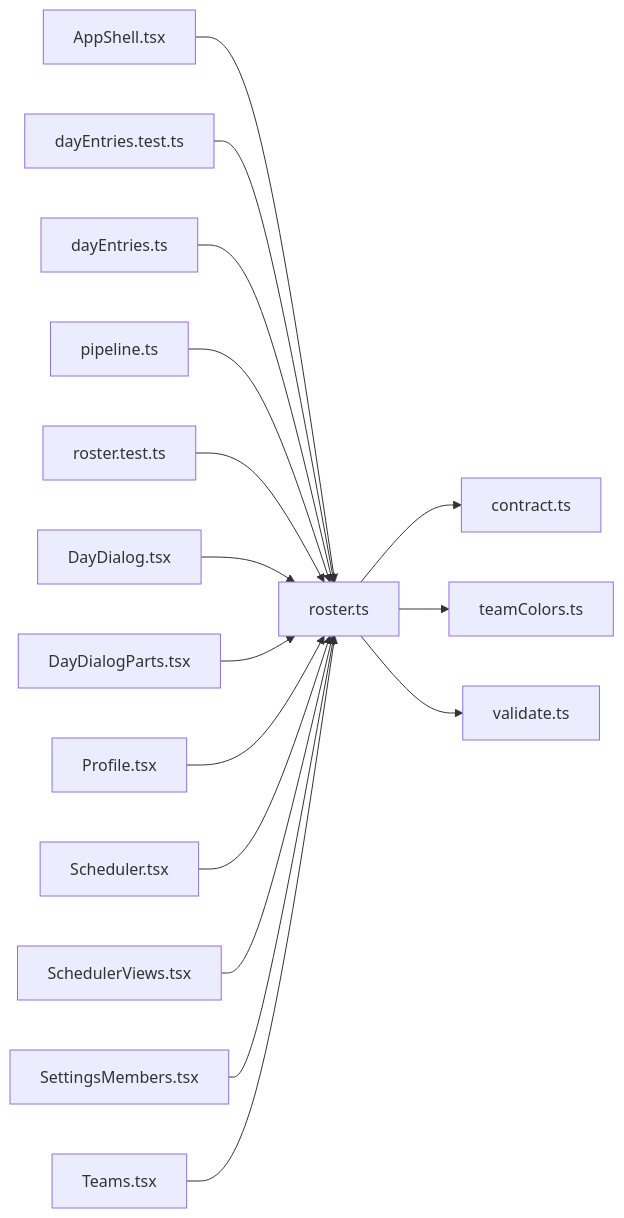
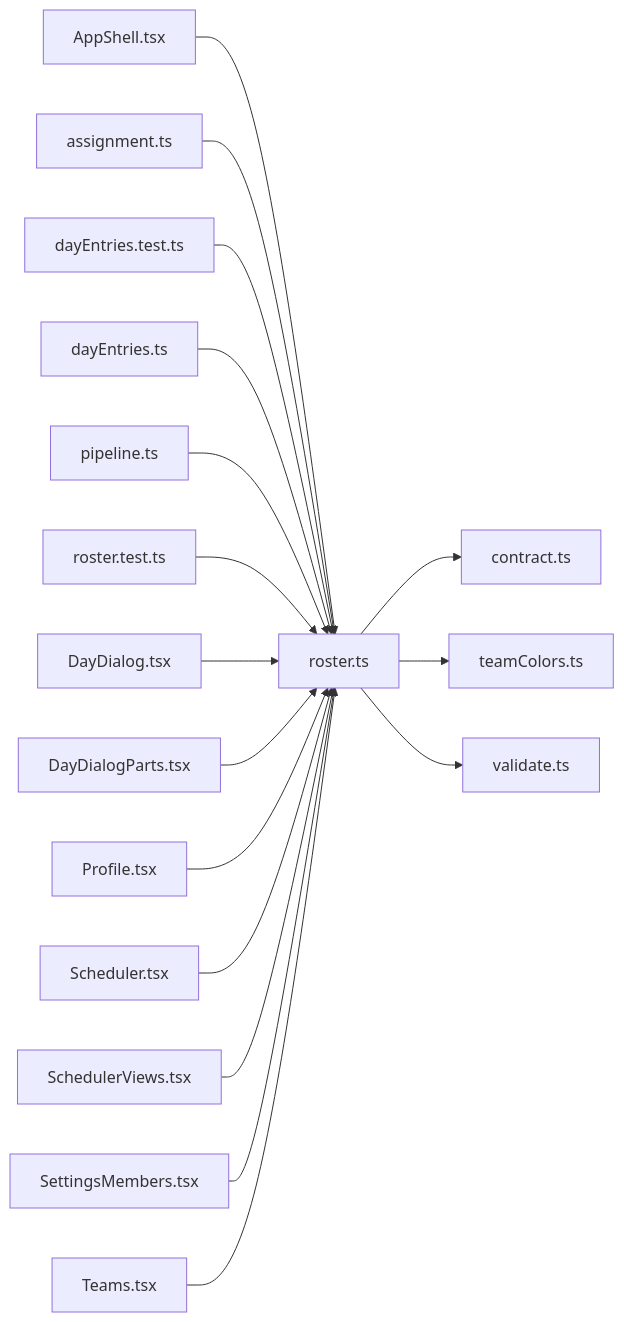
One commit to minkong-dev/Banblit changed the diagram in .cluedoc/graph/frontend/src/lib/roster.md. Above: the diagram before and after it, drawn with Mermaid. The commit also changed other lines of this file and 40 other files, not shown here.

````diff
--- a/.cluedoc/graph/frontend/src/lib/roster.md
+++ b/.cluedoc/graph/frontend/src/lib/roster.md
@@ -10,19 +10,20 @@
 ```mermaid
 flowchart LR
   frontend_src_lib_roster["roster.ts"]
   frontend_src_lib_roster --> frontend_src_lib_contract["contract.ts"]
   frontend_src_lib_roster --> frontend_src_lib_teamColors["teamColors.ts"]
   frontend_src_lib_roster --> frontend_src_lib_validate["validate.ts"]
   frontend_src_components_AppShell["AppShell.tsx"] --> frontend_src_lib_roster
+  frontend_src_lib_assignment["assignment.ts"] --> frontend_src_lib_roster
   frontend_src_lib_dayEntries_test["dayEntries.test.ts"] --> frontend_src_lib_roster
   frontend_src_lib_dayEntries["dayEntries.ts"] --> frontend_src_lib_roster
   frontend_src_lib_pipeline["pipeline.ts"] --> frontend_src_lib_roster
   frontend_src_lib_roster_test["roster.test.ts"] --> frontend_src_lib_roster
   frontend_src_routes_DayDialog["DayDialog.tsx"] --> frontend_src_lib_roster
   frontend_src_routes_DayDialogParts["DayDialogParts.tsx"] --> frontend_src_lib_roster
   frontend_src_routes_Profile["Profile.tsx"] --> frontend_src_lib_roster
   frontend_src_routes_Scheduler["Scheduler.tsx"] --> frontend_src_lib_roster
   frontend_src_routes_SchedulerViews["SchedulerViews.tsx"] --> frontend_src_lib_roster
   frontend_src_routes_SettingsMembers["SettingsMembers.tsx"] --> frontend_src_lib_roster
   frontend_src_routes_Teams["Teams.tsx"] --> frontend_src_lib_roster
 ```
````
